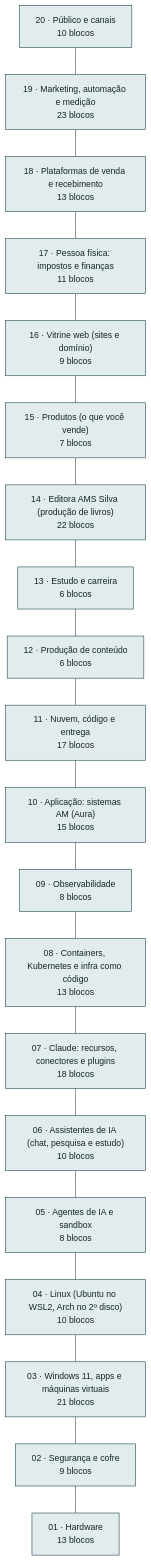
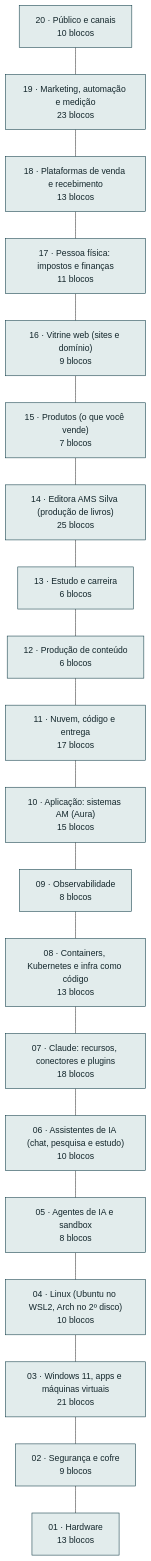
Before and after one commit to AlanMateus17/dev-setup: the diagram in docs/arquitetura.md, drawn with Mermaid. The commit also changed other lines of this file and 11 other files, not shown here.

````diff
--- a/docs/arquitetura.md
+++ b/docs/arquitetura.md
@@ -10,44 +10,44 @@
 ```mermaid
 flowchart TB
   L_pub["20 · Público e canais<br/>10 blocos"]
   L_mkt["19 · Marketing, automação e medição<br/>23 blocos"]
   L_venda["18 · Plataformas de venda e recebimento<br/>13 blocos"]
   L_emp["17 · Pessoa física: impostos e finanças<br/>11 blocos"]
   L_web["16 · Vitrine web (sites e domínio)<br/>9 blocos"]
   L_prod["15 · Produtos (o que você vende)<br/>7 blocos"]
-  L_editora["14 · Editora AMS Silva (produção de livros)<br/>22 blocos"]
+  L_editora["14 · Editora AMS Silva (produção de livros)<br/>25 blocos"]
   L_est["13 · Estudo e carreira<br/>6 blocos"]
   L_cont["12 · Produção de conteúdo<br/>6 blocos"]
   L_nuvem["11 · Nuvem, código e entrega<br/>17 blocos"]
   L_app["10 · Aplicação: sistemas AM (Aura)<br/>15 blocos"]
   L_obs["09 · Observabilidade<br/>8 blocos"]
   L_cnt["08 · Containers, Kubernetes e infra como código<br/>13 blocos"]
   L_clc["07 · Claude: recursos, conectores e plugins<br/>18 blocos"]
   L_chat["06 · Assistentes de IA (chat, pesquisa e estudo)<br/>10 blocos"]
   L_ia["05 · Agentes de IA e sandbox<br/>8 blocos"]
   L_lin["04 · Linux (Ubuntu no WSL2, Arch no 2º disco)<br/>10 blocos"]
   L_win["03 · Windows 11, apps e máquinas virtuais<br/>21 blocos"]
   L_seg["02 · Segurança e cofre<br/>9 blocos"]
   L_hw["01 · Hardware<br/>13 blocos"]
   L_pub --- L_mkt
   L_mkt --- L_venda
   L_venda --- L_emp
   L_emp --- L_web
   L_web --- L_prod
   L_prod --- L_editora
   L_editora --- L_est
   L_est --- L_cont
   L_cont --- L_nuvem
   L_nuvem --- L_app
   L_app --- L_obs
   L_obs --- L_cnt
   L_cnt --- L_clc
   L_clc --- L_chat
   L_chat --- L_ia
   L_ia --- L_lin
   L_lin --- L_win
   L_win --- L_seg
   L_seg --- L_hw
   classDef cam fill:#e2ecec,stroke:#0e3a45,color:#13262b
   class L_pub,L_mkt,L_venda,L_emp,L_web,L_prod,L_editora,L_est,L_cont,L_nuvem,L_app,L_obs,L_cnt,L_clc,L_chat,L_ia,L_lin,L_win,L_seg,L_hw cam
 ```
````
